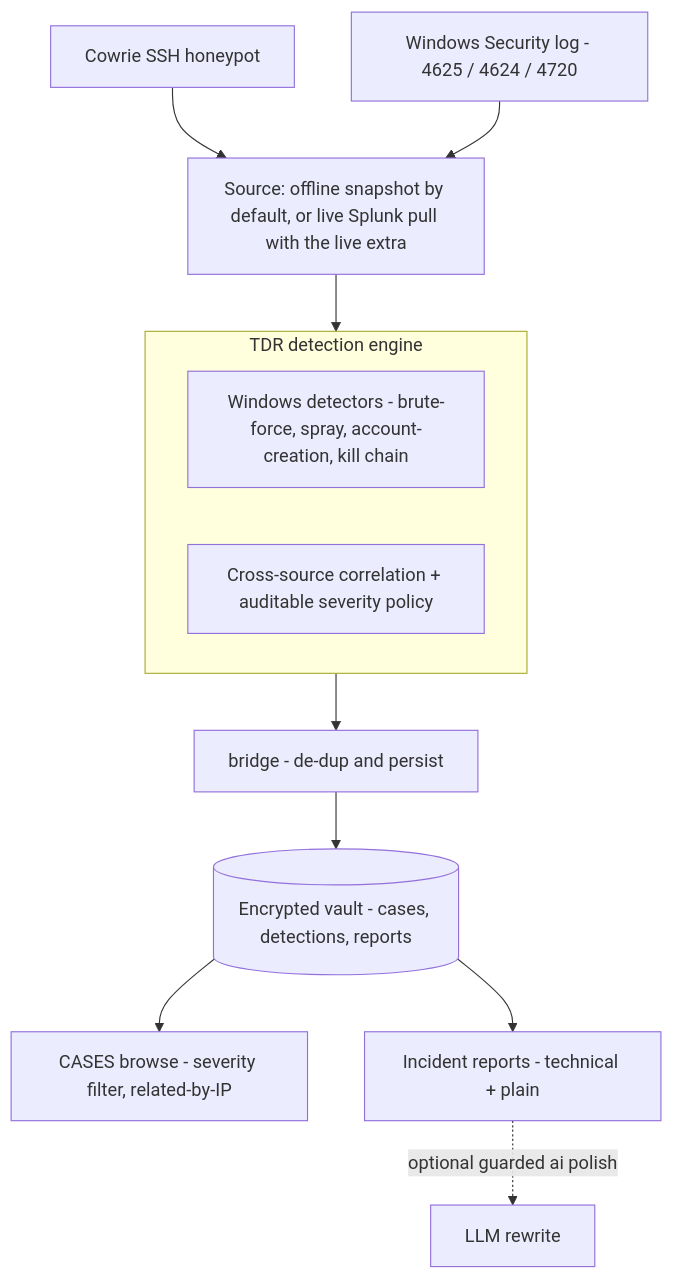
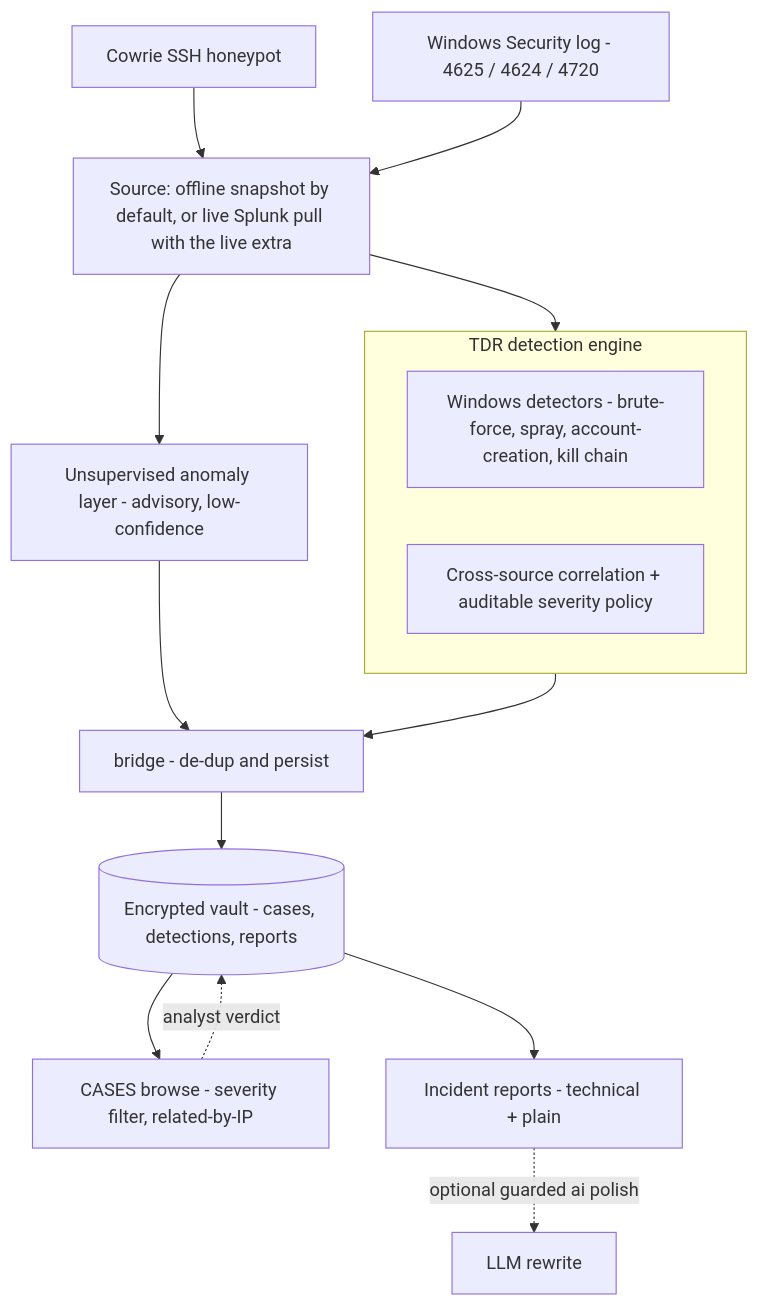
Before and after one commit to MukeshKumarC-0309/P.A.N.D.A: the diagram in README.md, drawn with Mermaid. The commit also changed other lines of this file and 1 other file, not shown here.

Commit message:
Document anomaly layer and the human-in-the-loop learning direction

````diff
--- a/README.md
+++ b/README.md
@@ -21,20 +21,23 @@
 ```mermaid
 flowchart TD
     C[Cowrie SSH honeypot]
     W[Windows Security log - 4625 / 4624 / 4720]
     C --> SRC
     W --> SRC
     SRC[Source: offline snapshot by default, or live Splunk pull with the live extra]
 
     subgraph ENG [TDR detection engine]
       DET[Windows detectors - brute-force, spray, account-creation, kill chain]
       COR[Cross-source correlation + auditable severity policy]
     end
 
     SRC --> ENG
+    SRC --> ANOM[Unsupervised anomaly layer - advisory, low-confidence]
     ENG --> BR[bridge - de-dup and persist]
+    ANOM --> BR
     BR --> DB[(Encrypted vault - cases, detections, reports)]
     DB --> BROWSE[CASES browse - severity filter, related-by-IP]
     DB --> REP[Incident reports - technical + plain]
     REP -. optional guarded ai polish .-> LLM[LLM rewrite]
+    BROWSE -. analyst verdict .-> DB
 ```
````
